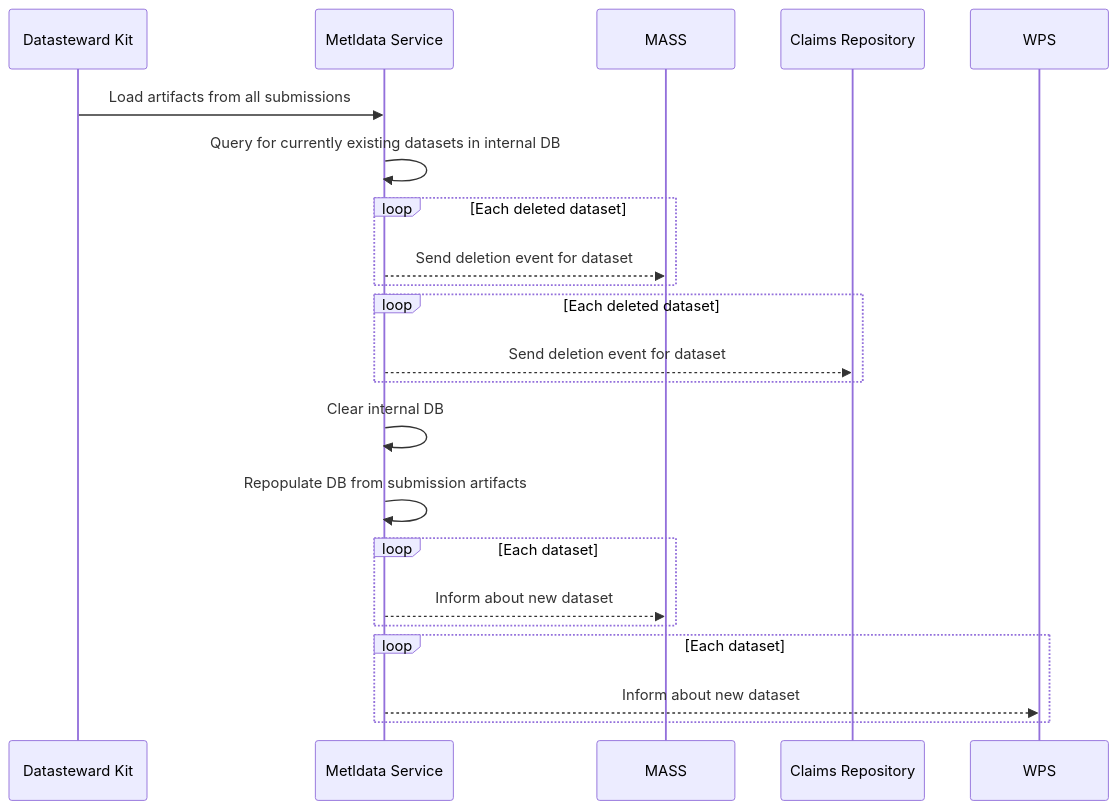
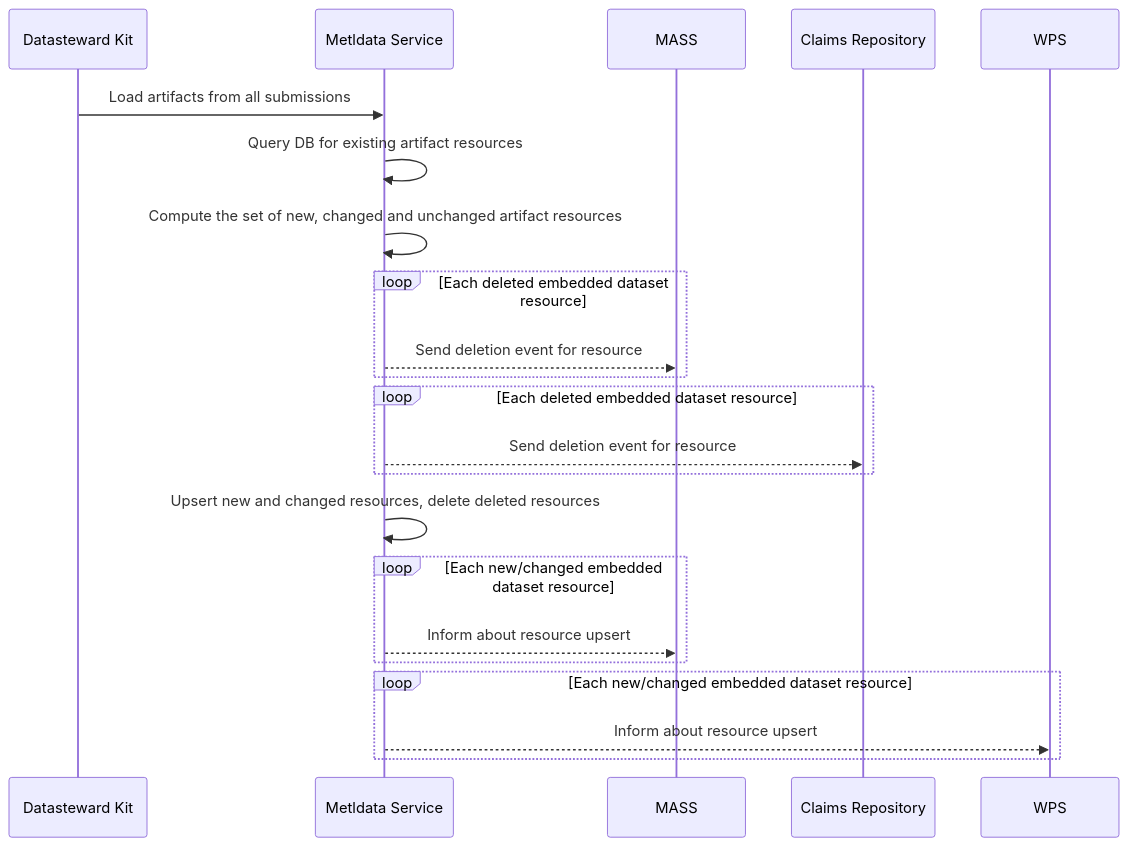
One commit to ghga-de/ghga changed the diagram in docs/epics/38-tokay-gecko/technical_specification.md. Above: the diagram before and after it, drawn with Mermaid. The commit also changed other lines of this file, not shown here.

Commit message:
Update tokay gecko (#86)

````diff
--- a/docs/epics/38-tokay-gecko/technical_specification.md
+++ b/docs/epics/38-tokay-gecko/technical_specification.md
@@ -35,30 +37,30 @@
 ```mermaid
 sequenceDiagram
   participant Kit as Datasteward Kit
   participant API as Metldata Service
   participant MASS
   participant claims as Claims Repository
   participant WPS
 
   Kit ->> API: Load artifacts from all submissions
-  API ->> API: Query for currently existing datasets in internal DB
+  API ->> API: Query DB for existing artifact resources
+  API ->> API: Compute the set of new, changed and unchanged artifact resources
 
-  loop Each deleted dataset
-  API -->> MASS: Send deletion event for dataset
+  loop Each deleted embedded dataset resource
+  API -->> MASS: Send deletion event for resource
   end
 
-  loop Each deleted dataset
-  API -->> claims: Send deletion event for dataset
+  loop Each deleted embedded dataset resource
+  API -->> claims: Send deletion event for resource
   end
 
-  API ->> API: Clear internal DB
-  API ->> API: Repopulate DB from submission artifacts
+  API ->> API: Upsert new and changed resources, delete deleted resources
 
-  loop Each dataset
-  API -->> MASS: Inform about new dataset
+  loop Each new/changed embedded dataset resource
+  API -->> MASS: Inform about resource upsert
   end
 
-  loop Each dataset
-  API -->> WPS: Inform about new dataset
+  loop Each new/changed embedded dataset resource
+  API -->> WPS: Inform about resource upsert
   end
 ```
````
